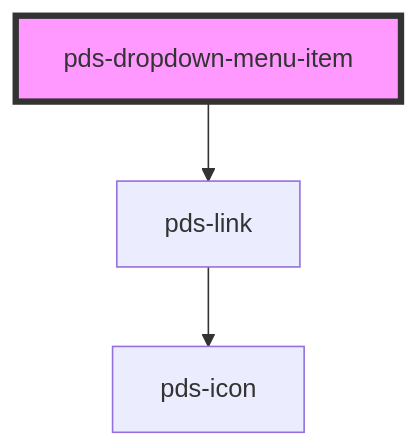
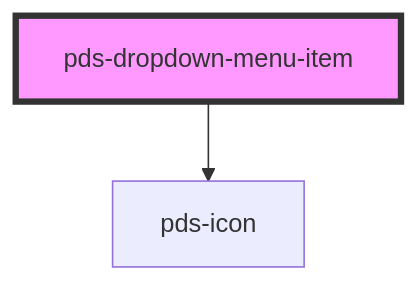
The diagram in libs/core/src/components/pds-dropdown-menu/pds-dropdown-menu-item/readme.md (Kajabi/pine), drawn with Mermaid before and after one commit. The commit also changed other lines of this file and 5 other files, not shown here.

Commit message:
feat(pds-dropdown-menu-item): add http-method, turbo-frame, turbo props and pdsBeforeSubmit event

````diff
--- a/libs/core/src/components/pds-dropdown-menu/pds-dropdown-menu-item/readme.md
+++ b/libs/core/src/components/pds-dropdown-menu/pds-dropdown-menu-item/readme.md
@@ -47,6 +51,5 @@
 ```mermaid
 graph TD;
-  pds-dropdown-menu-item --> pds-link
-  pds-link --> pds-icon
+  pds-dropdown-menu-item --> pds-icon
   style pds-dropdown-menu-item fill:#f9f,stroke:#333,stroke-width:4px
 ```
````
